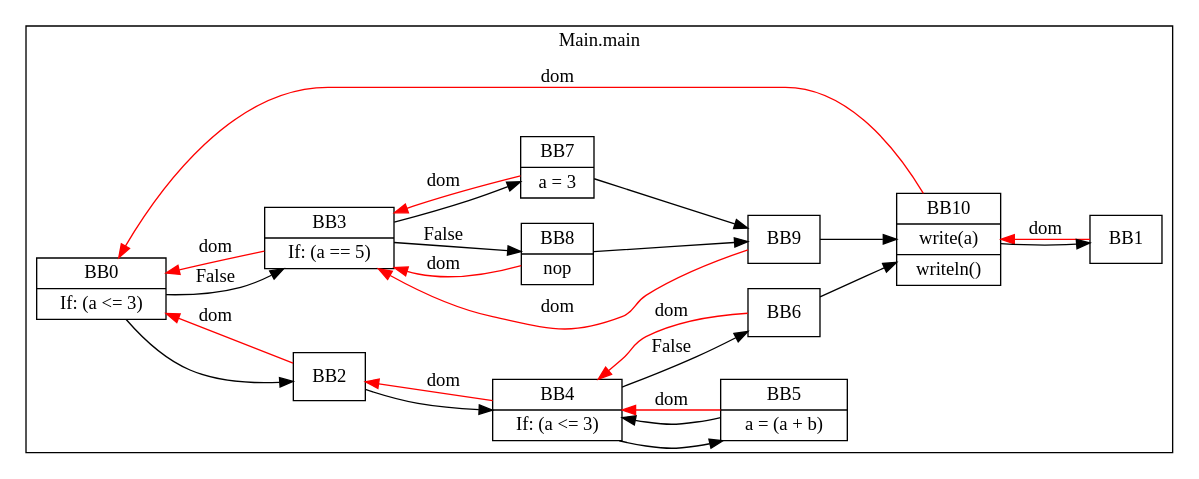
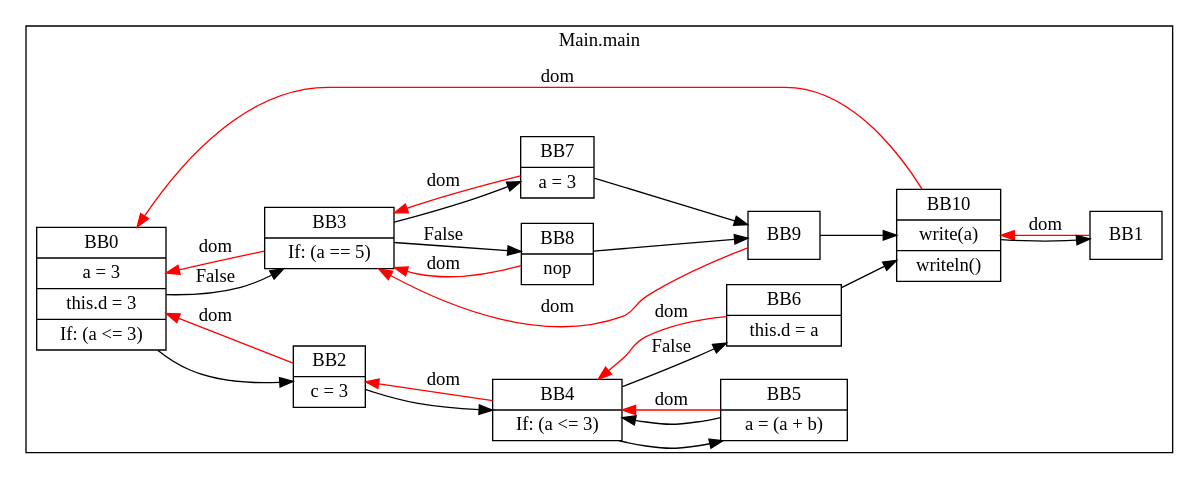
Before and after one commit to andreiparvu/ACD: the diagram in CD2_A1/while.java.dom.dot, drawn with Graphviz. The commit also changed 7 other files, not shown here.

```diff
--- a/CD2_A1/while.java.dom.dot
+++ b/CD2_A1/while.java.dom.dot
@@ -1,73 +1,73 @@
 digraph G {
   graph [ rankdir = "LR" ];
   subgraph cluster_0 {
     label = "Main.main"
     M0_BB0 [
       shape="record"
-      label="BB0|If: (a \<= 3)"
+      label="BB0|a = 3|this.d = 3|If: (a \<= 3)"
     ];
     M0_BB0 -> M0_BB2;
     M0_BB0 -> M0_BB3 [label="False"];
     M0_BB1 [
       shape="record"
       label="BB1"
     ];
     M0_BB1 -> M0_BB10 [color="red" label="dom"];
     M0_BB2 [
       shape="record"
-      label="BB2"
+      label="BB2|c = 3"
     ];
     M0_BB2 -> M0_BB4;
     M0_BB2 -> M0_BB0 [color="red" label="dom"];
     M0_BB3 [
       shape="record"
       label="BB3|If: (a == 5)"
     ];
     M0_BB3 -> M0_BB7;
     M0_BB3 -> M0_BB8 [label="False"];
     M0_BB3 -> M0_BB0 [color="red" label="dom"];
     M0_BB4 [
       shape="record"
       label="BB4|If: (a \<= 3)"
     ];
     M0_BB4 -> M0_BB5;
     M0_BB4 -> M0_BB6 [label="False"];
     M0_BB4 -> M0_BB2 [color="red" label="dom"];
     M0_BB5 [
       shape="record"
       label="BB5|a = (a + b)"
     ];
     M0_BB5 -> M0_BB4;
     M0_BB5 -> M0_BB4 [color="red" label="dom"];
     M0_BB6 [
       shape="record"
-      label="BB6"
+      label="BB6|this.d = a"
     ];
     M0_BB6 -> M0_BB10;
     M0_BB6 -> M0_BB4 [color="red" label="dom"];
     M0_BB7 [
       shape="record"
       label="BB7|a = 3"
     ];
     M0_BB7 -> M0_BB9;
     M0_BB7 -> M0_BB3 [color="red" label="dom"];
     M0_BB8 [
       shape="record"
       label="BB8|nop"
     ];
     M0_BB8 -> M0_BB9;
     M0_BB8 -> M0_BB3 [color="red" label="dom"];
     M0_BB9 [
       shape="record"
       label="BB9"
     ];
     M0_BB9 -> M0_BB10;
     M0_BB9 -> M0_BB3 [color="red" label="dom"];
     M0_BB10 [
       shape="record"
       label="BB10|write(a)|writeln()"
     ];
     M0_BB10 -> M0_BB1;
     M0_BB10 -> M0_BB0 [color="red" label="dom"];
   }
 }
```
